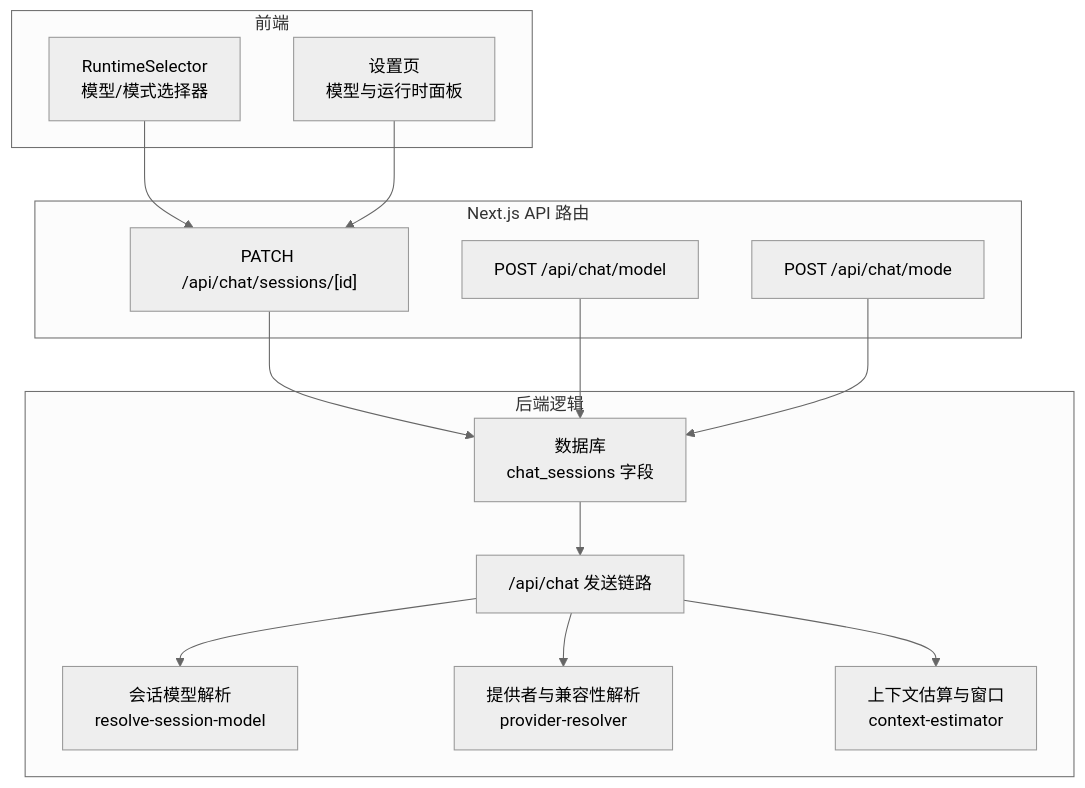
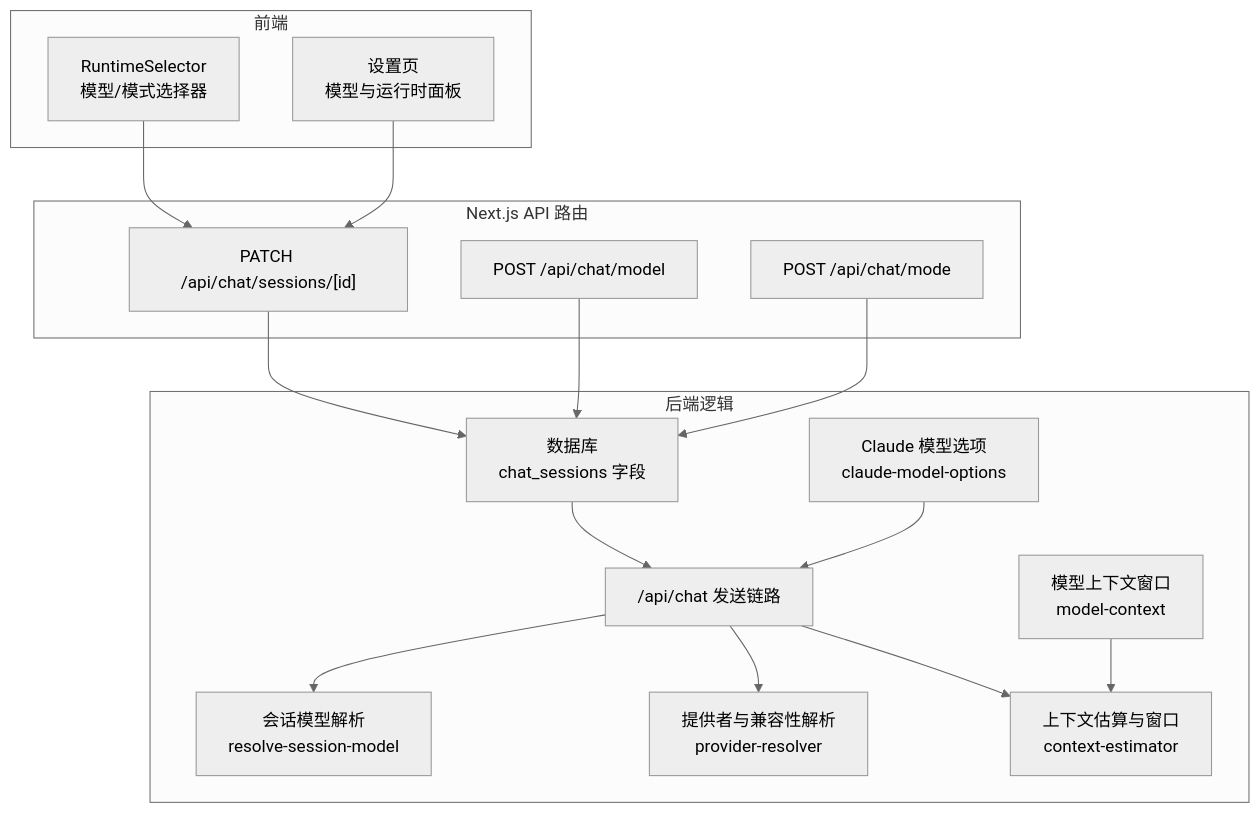
Before and after one commit to haolange/CodePilot: the first of 6 diagrams in .qoder/repowiki/zh/content/API 参考/聊天 API/模型与模式控制.md, drawn with Mermaid (neutral theme). The commit also changed other lines of this file and 8 other files, not shown here.

````diff
--- a/.qoder/repowiki/zh/content/API 参考/聊天 API/模型与模式控制.md
+++ b/.qoder/repowiki/zh/content/API 参考/聊天 API/模型与模式控制.md
@@ -50,28 +61,32 @@
 ```mermaid
 graph TB
 subgraph "前端"
 FE_UI["RuntimeSelector<br/>模型/模式选择器"]
 FE_Settings["设置页<br/>模型与运行时面板"]
 end
 subgraph "Next.js API 路由"
 API_Model["POST /api/chat/model"]
 API_Mode["POST /api/chat/mode"]
 API_SessionPatch["PATCH /api/chat/sessions/[id]"]
 end
 subgraph "后端逻辑"
 DB["数据库<br/>chat_sessions 字段"]
 Resolver["会话模型解析<br/>resolve-session-model"]
 ProviderResolver["提供者与兼容性解析<br/>provider-resolver"]
 ContextEst["上下文估算与窗口<br/>context-estimator"]
 ChatRoute["/api/chat 发送链路"]
+ClaudeOptions["Claude 模型选项<br/>claude-model-options"]
+ModelContext["模型上下文窗口<br/>model-context"]
 end
 FE_UI --> API_SessionPatch
 FE_Settings --> API_SessionPatch
 API_SessionPatch --> DB
 API_Model --> DB
 API_Mode --> DB
 DB --> ChatRoute
 ChatRoute --> Resolver
 ChatRoute --> ProviderResolver
 ChatRoute --> ContextEst
+ClaudeOptions --> ChatRoute
+ModelContext --> ContextEst
 ```
````
